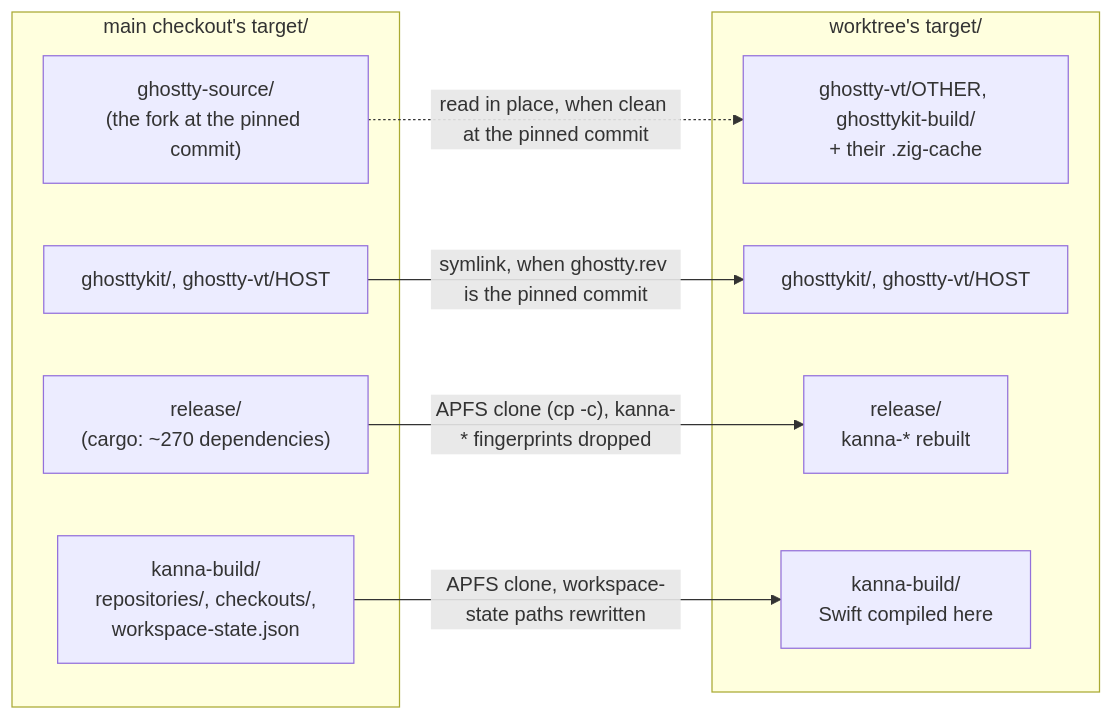
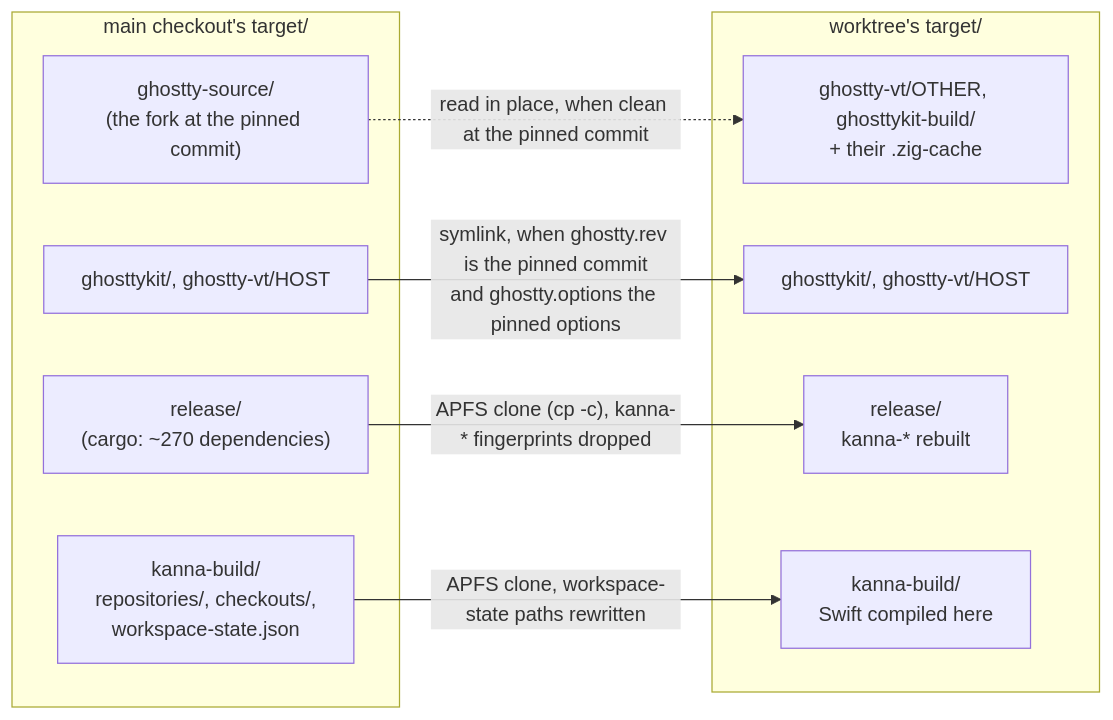
Before and after one commit to tampopogk/kanna: the diagram in docs/specs/build-speed.md, drawn with Mermaid. The commit also changed other lines of this file and 43 other files, not shown here.

````diff
--- a/docs/specs/build-speed.md
+++ b/docs/specs/build-speed.md
@@ -7,19 +7,19 @@
 ```mermaid
 flowchart LR
     subgraph M["main checkout's target/"]
         S["ghostty-source/<br/>(the fork at the pinned commit)"]
         G["ghosttykit/, ghostty-vt/HOST"]
         R["release/<br/>(cargo: ~270 dependencies)"]
         K["kanna-build/<br/>repositories/, checkouts/,<br/>workspace-state.json"]
     end
     subgraph W["worktree's target/"]
         B["ghostty-vt/OTHER, ghosttykit-build/<br/>+ their .zig-cache"]
         G2["ghosttykit/, ghostty-vt/HOST"]
         R2["release/<br/>kanna-* rebuilt"]
         K2["kanna-build/<br/>Swift compiled here"]
     end
     S -.->|"read in place, when clean at the pinned commit"| B
-    G -->|"symlink, when ghostty.rev is the pinned commit"| G2
+    G -->|"symlink, when ghostty.rev is the pinned commit<br/>and ghostty.options the pinned options"| G2
     R -->|"APFS clone (cp -c), kanna-* fingerprints dropped"| R2
     K -->|"APFS clone, workspace-state paths rewritten"| K2
 ```
````
